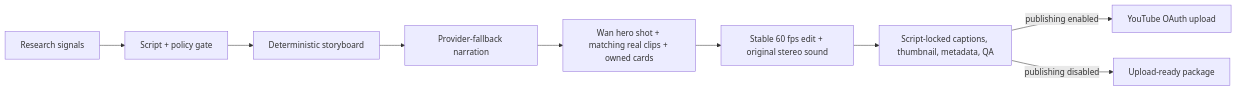
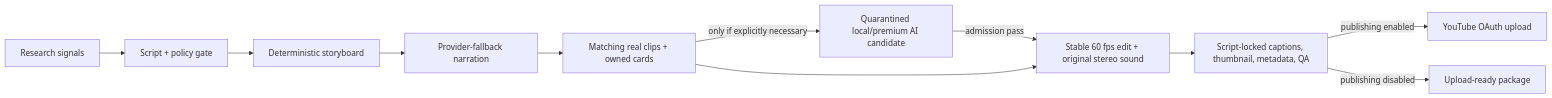
One commit to ReaperXD67/atlasforge-ai changed the diagram in README.md. Above: the diagram before and after it, drawn with Mermaid. The commit also changed other lines of this file and 27 other files, not shown here.

Commit message:
enforce real-footage-first AI admission

````diff
--- a/README.md
+++ b/README.md
@@ -46,11 +51,13 @@
 ```mermaid
 flowchart LR
     R["Research signals"] --> S["Script + policy gate"]
     S --> B["Deterministic storyboard"]
     B --> V["Provider-fallback narration"]
-    V --> I["Wan hero shot + matching real clips + owned cards"]
+    V --> I["Matching real clips + owned cards"]
+    I -->|"only if explicitly necessary"| A["Quarantined local/premium AI candidate"]
+    A -->|"admission pass"| E
     I --> E["Stable 60 fps edit + original stereo sound"]
     E --> Q["Script-locked captions, thumbnail, metadata, QA"]
     Q -->|publishing enabled| Y["YouTube OAuth upload"]
     Q -->|publishing disabled| P["Upload-ready package"]
 ```
````
